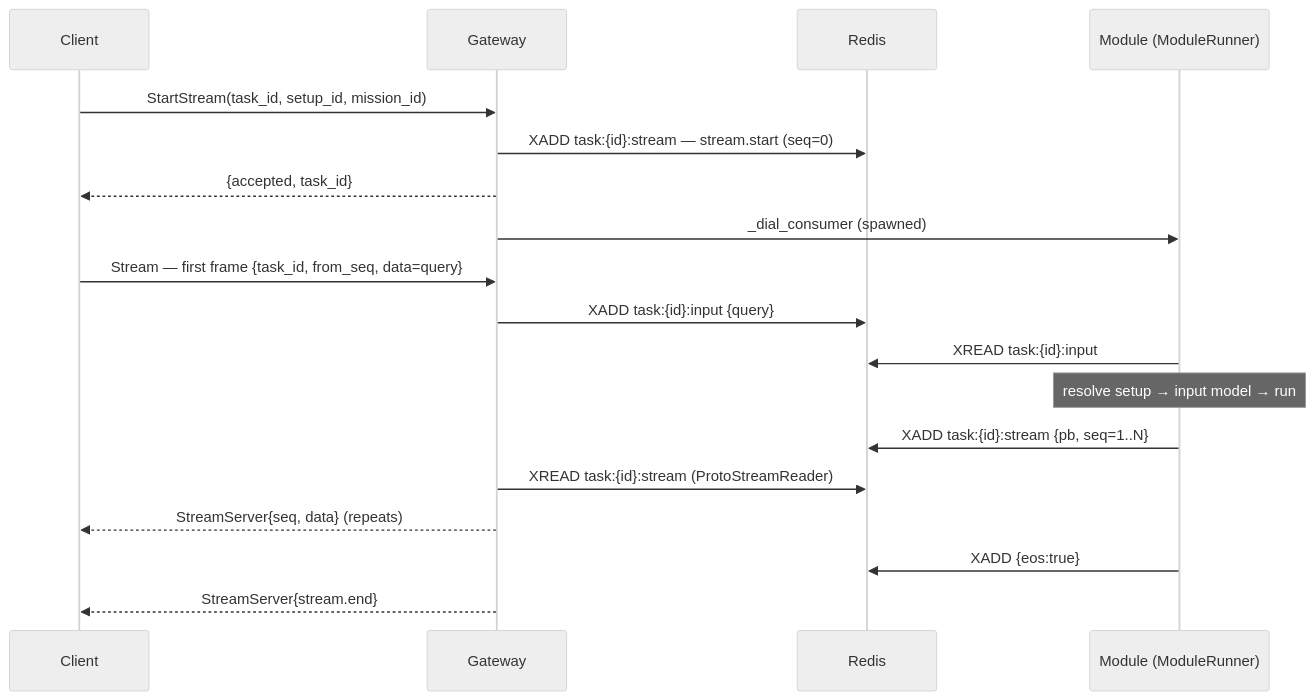
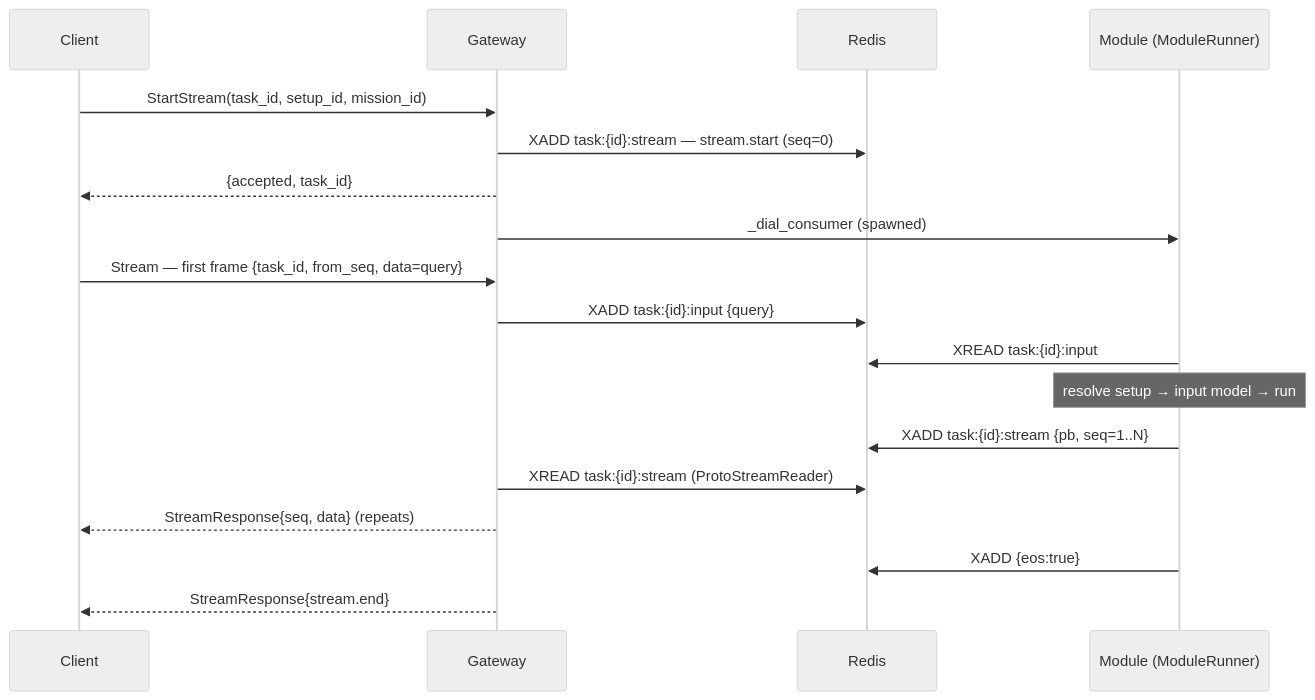
The diagram in docs/diagrams/talk-request-flow.mmd (DigitalKin-ai/digitalkin), drawn with Mermaid (neutral theme) before and after one commit. The commit also changed 101 other files, not shown here.

```diff
--- a/docs/diagrams/talk-request-flow.mmd
+++ b/docs/diagrams/talk-request-flow.mmd
@@ -1,20 +1,20 @@
 sequenceDiagram
     participant C as Client
     participant GW as Gateway
     participant R as Redis
     participant M as Module (ModuleRunner)
 
     C->>GW: StartStream(task_id, setup_id, mission_id)
     GW->>R: XADD task:{id}:stream — stream.start (seq=0)
     GW-->>C: {accepted, task_id}
     GW->>M: _dial_consumer (spawned)
 
     C->>GW: Stream — first frame {task_id, from_seq, data=query}
     GW->>R: XADD task:{id}:input {query}
     M->>R: XREAD task:{id}:input
     Note over M: resolve setup → input model → run
     M->>R: XADD task:{id}:stream {pb, seq=1..N}
     GW->>R: XREAD task:{id}:stream (ProtoStreamReader)
-    GW-->>C: StreamServer{seq, data}  (repeats)
+    GW -->> C: StreamResponse{seq, data} (repeats)
     M->>R: XADD {eos:true}
-    GW-->>C: StreamServer{stream.end}
+    GW -->> C: StreamResponse{stream.end}
```
